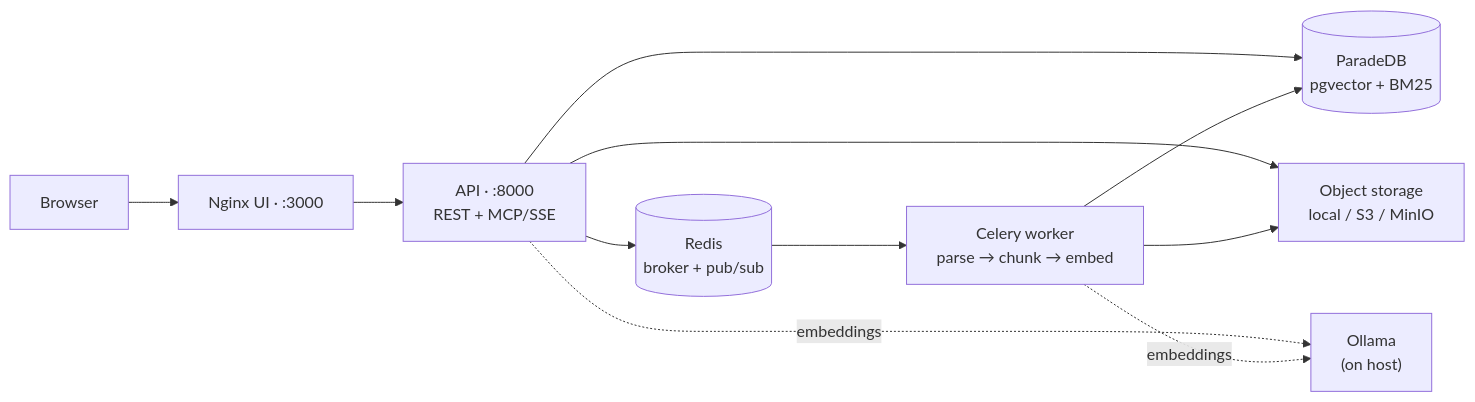
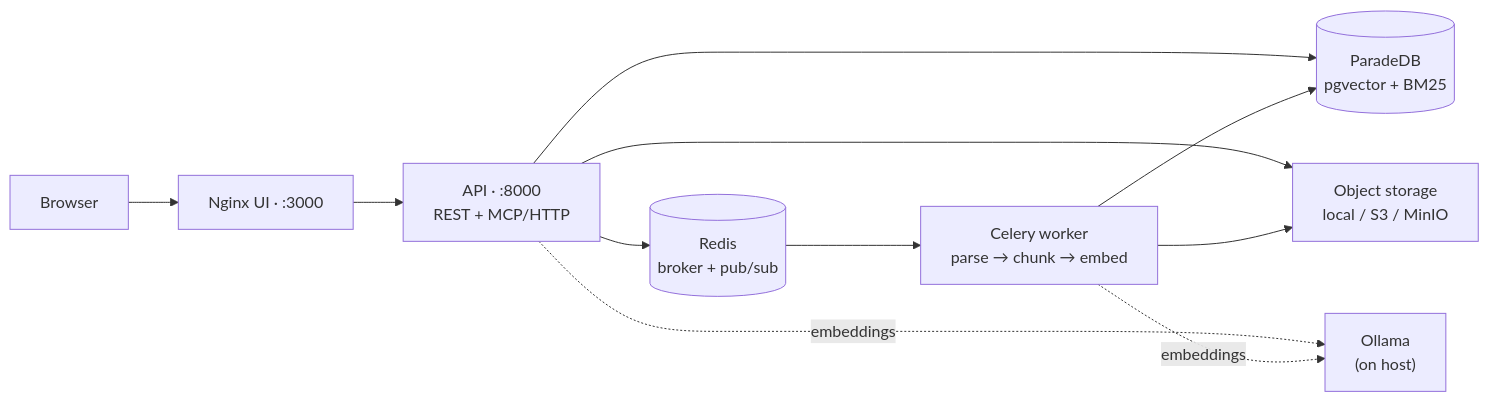
The first of 2 diagrams in README.md (jaymeklein/embedbase), drawn with Mermaid before and after one commit. The commit also changed other lines of this file and 2 other files, not shown here.

First line of the commit message:
docs: correct MCP transport (SSE to streamable HTTP) and Claude Desktop config path

````diff
--- a/README.md
+++ b/README.md
@@ -41,13 +41,13 @@
 ```mermaid
 flowchart LR
     Browser --> Nginx["Nginx UI · :3000"]
-    Nginx --> API["API · :8000<br/>REST + MCP/SSE"]
+    Nginx --> API["API · :8000<br/>REST + MCP/HTTP"]
     API --> Redis[("Redis<br/>broker + pub/sub")]
     API --> DB[("ParadeDB<br/>pgvector + BM25")]
     API --> Store["Object storage<br/>local / S3 / MinIO"]
     Redis --> Worker["Celery worker<br/>parse → chunk → embed"]
     Worker --> DB
     Worker --> Store
     API -. embeddings .-> Ollama["Ollama<br/>(on host)"]
     Worker -. embeddings .-> Ollama
 ```
````
